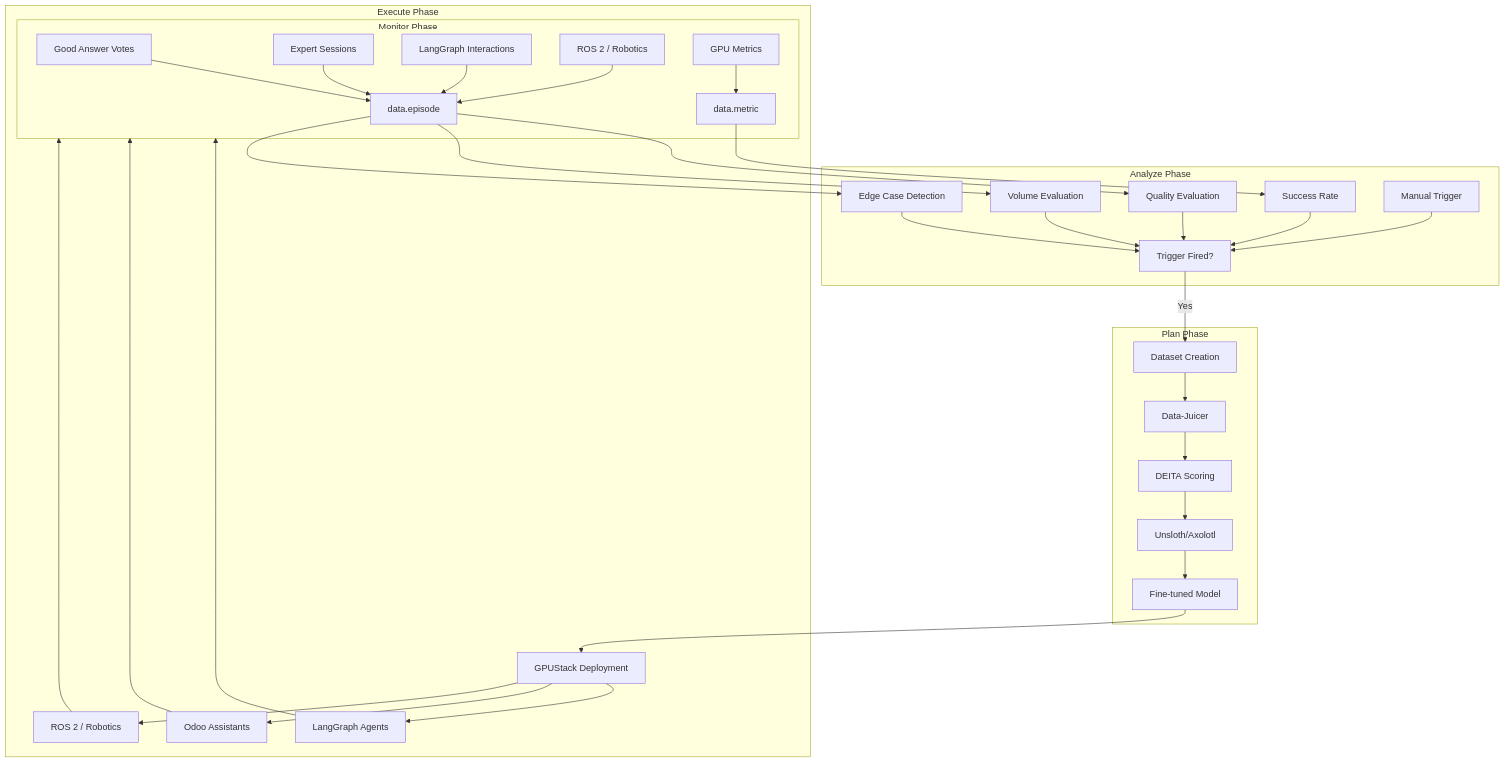
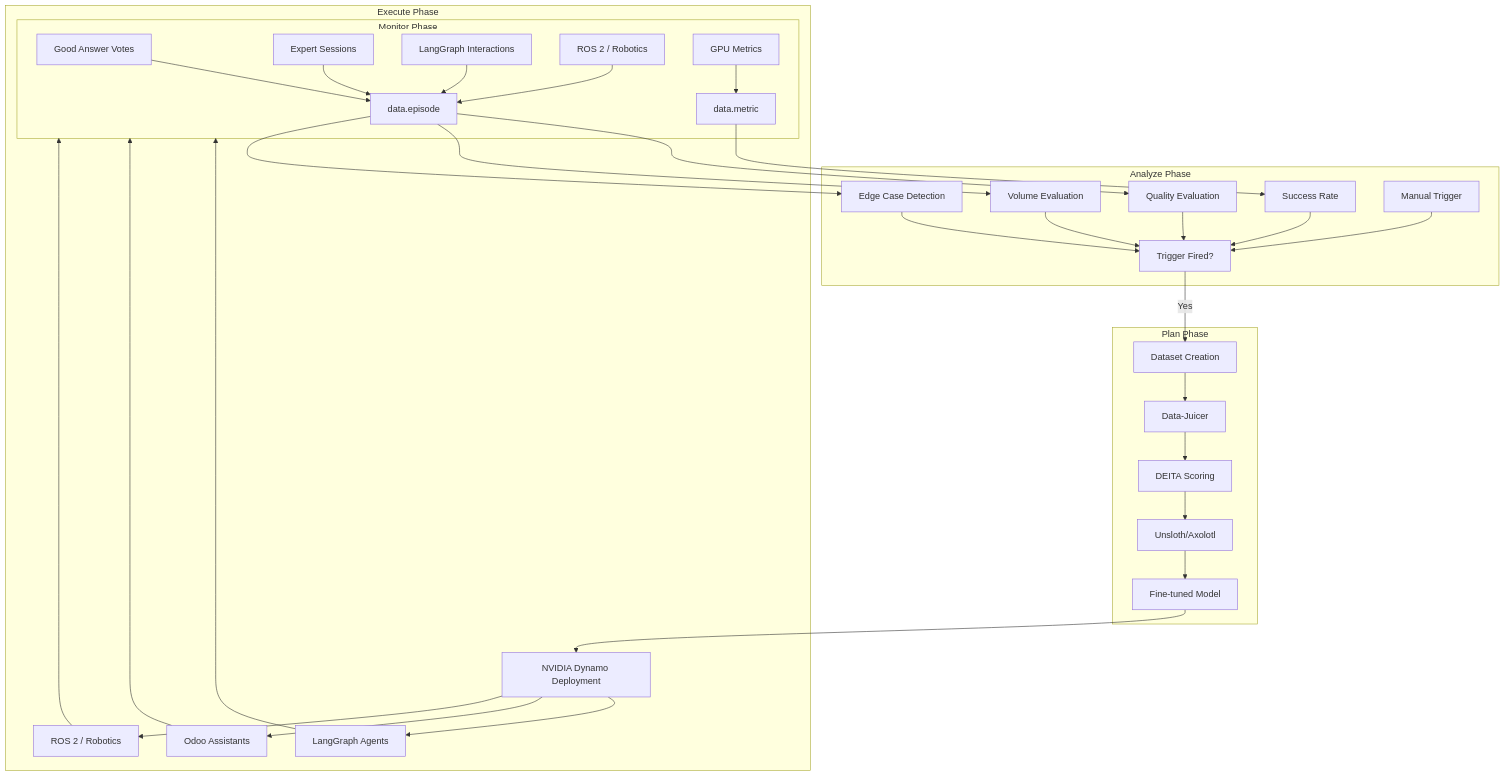
One commit to nettrades/nettrades-platform changed the third of 4 diagrams in docs/developer/architecture.md. Above: the diagram before and after it, drawn with Mermaid. The commit also changed other lines of this file and 56 other files, not shown here.

Commit message:
Moved docs from operations to developer folder and replaced GPUStack with NVIDIA Dynamo

````diff
--- a/docs/developer/architecture.md
+++ b/docs/developer/architecture.md
@@ -93,49 +93,49 @@
 ```mermaid
 graph TB
     subgraph Monitor["Monitor Phase"]
         GA["Good Answer Votes"]
         ES["Expert Sessions"]
         LI["LangGraph Interactions"]
         ROS["ROS 2 / Robotics"]
         GM["GPU Metrics"]
 
         GA --> DC1["data.episode"]
         ES --> DC1
         LI --> DC1
         ROS --> DC1
         GM --> DC2["data.metric"]
     end
 
     subgraph Analyze["Analyze Phase"]
         DC1 --> QE["Quality Evaluation"]
         DC2 --> SE["Success Rate"]
         DC1 --> VE["Volume Evaluation"]
         DC1 --> EE["Edge Case Detection"]
 
         QE --> T["Trigger Fired?"]
         SE --> T
         VE --> T
         EE --> T
         Manual["Manual Trigger"] --> T
     end
 
     subgraph Plan["Plan Phase"]
         T -->|Yes| Dataset["Dataset Creation"]
         Dataset --> DJ["Data-Juicer"]
         DJ --> DEITA["DEITA Scoring"]
         DEITA --> Training["Unsloth/Axolotl"]
         Training --> Model["Fine-tuned Model"]
     end
 
     subgraph Execute["Execute Phase"]
-        Model --> Deploy["GPUStack Deployment"]
+        Model --> Deploy["NVIDIA Dynamo Deployment"]
         Deploy --> A["LangGraph Agents"]
         Deploy --> B["Odoo Assistants"]
         Deploy --> C["ROS 2 / Robotics"]
 
         A --> Monitor
         B --> Monitor
         C --> Monitor
     end
 
 ```
````
